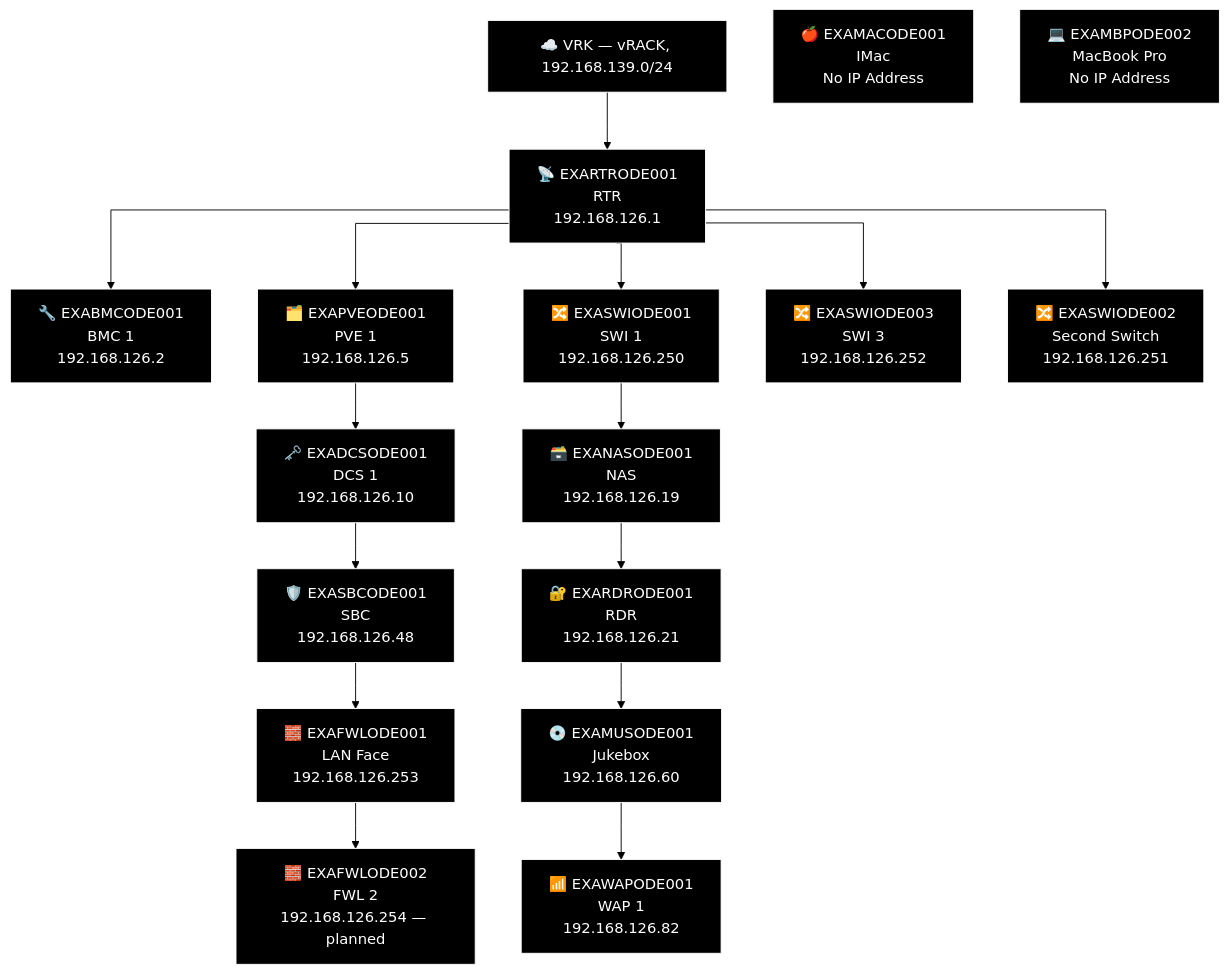
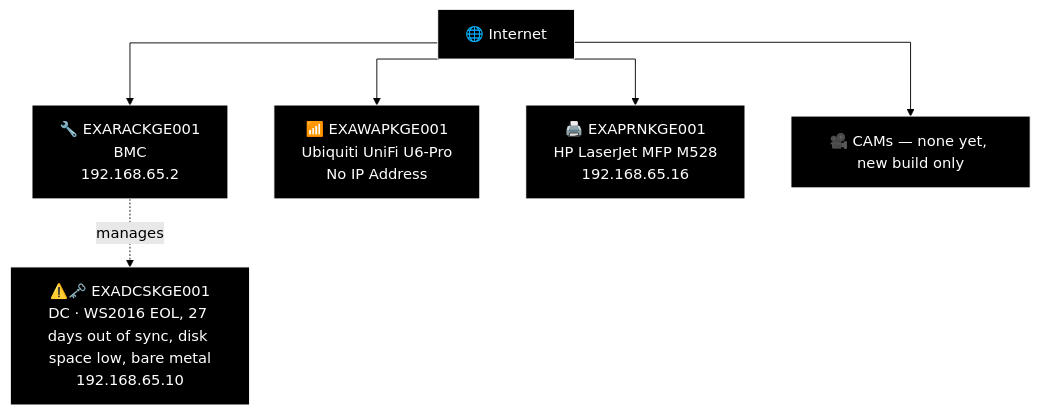
The sixth of 23 diagrams in docs/network-diagram/danmark.md (knightmare2600/example_music_infra), drawn with Mermaid (forest theme) before and after one commit. The commit also changed other lines of this file and 18 other files, not shown here.

````diff
--- a/docs/network-diagram/danmark.md
+++ b/docs/network-diagram/danmark.md
@@ -149,48 +344,23 @@
 ```mermaid
-%% GENERATED:TOPOLOGY:ODE:START
 %%{init: {'flowchart': {'curve': 'stepAfter'}}}%%
 graph TD
-    T_VRK["☁️ VRK — vRACK, 192.168.139.0/24"]
-    T_RTR["📡 EXARTRODE001<br/>RTR<br/>192.168.126.1"]
-    T_VRK --> T_RTR
-    T_BMC["🔧 EXABMCODE001<br/>BMC 1<br/>192.168.126.2"]
-    T_RTR --> T_BMC
-    T_PVE["🗂️ EXAPVEODE001<br/>PVE 1<br/>192.168.126.5"]
-    T_RTR --> T_PVE
-    T_SWI["🔀 EXASWIODE001<br/>SWI 1<br/>192.168.126.250"]
-    T_RTR --> T_SWI
-    T_SWI2["🔀 EXASWIODE003<br/>SWI 3<br/>192.168.126.252"]
-    T_RTR --> T_SWI2
-    T_SWI3["🔀 EXASWIODE002<br/>Second Switch<br/>192.168.126.251"]
-    T_RTR --> T_SWI3
-    T_NAS["🗃️ EXANASODE001<br/>NAS<br/>192.168.126.19"]
-    T_RDR["🔐 EXARDRODE001<br/>RDR<br/>192.168.126.21"]
-    T_MUS["💿 EXAMUSODE001<br/>Jukebox<br/>192.168.126.60"]
-    T_WAP["📶 EXAWAPODE001<br/>WAP 1<br/>192.168.126.82"]
-    T_SWI --> T_NAS --> T_RDR --> T_MUS --> T_WAP
-    T_DCS["🗝️ EXADCSODE001<br/>DCS 1<br/>192.168.126.10"]
-    T_SBC["🛡️ EXASBCODE001<br/>SBC<br/>192.168.126.48"]
-    T_FWL["🧱 EXAFWLODE001<br/>LAN Face<br/>192.168.126.253"]
-    T_FWL2["🧱 EXAFWLODE002<br/>FWL 2<br/>192.168.126.254 — planned"]
-    T_PVE --> T_DCS --> T_SBC --> T_FWL --> T_FWL2
-    T_MAC["🍎 EXAMACODE001<br/>IMac<br/>No IP Address"]
-    T_MBP["💻 EXAMBPODE002<br/>MacBook Pro<br/>No IP Address"]
-    style T_VRK fill:#000000,stroke:#FFFFFF,color:#FFFFFF
-    style T_RTR fill:#000000,stroke:#FFFFFF,color:#FFFFFF
-    style T_BMC fill:#000000,stroke:#FFFFFF,color:#FFFFFF
-    style T_PVE fill:#000000,stroke:#FFFFFF,color:#FFFFFF
-    style T_SWI fill:#000000,stroke:#FFFFFF,color:#FFFFFF
-    style T_SWI2 fill:#000000,stroke:#FFFFFF,color:#FFFFFF
-    style T_SWI3 fill:#000000,stroke:#FFFFFF,color:#FFFFFF
-    style T_NAS fill:#000000,stroke:#FFFFFF,color:#FFFFFF
-    style T_RDR fill:#000000,stroke:#FFFFFF,color:#FFFFFF
-    style T_MUS fill:#000000,stroke:#FFFFFF,color:#FFFFFF
-    style T_WAP fill:#000000,stroke:#FFFFFF,color:#FFFFFF
-    style T_DCS fill:#000000,stroke:#FFFFFF,color:#FFFFFF
-    style T_SBC fill:#000000,stroke:#FFFFFF,color:#FFFFFF
-    style T_FWL fill:#000000,stroke:#FFFFFF,color:#FFFFFF
-    style T_FWL2 fill:#000000,stroke:#FFFFFF,color:#FFFFFF
-    style T_MAC fill:#000000,stroke:#FFFFFF,color:#FFFFFF
-    style T_MBP fill:#000000,stroke:#FFFFFF,color:#FFFFFF
-%% GENERATED:TOPOLOGY:ODE:END
+    O_INET["🌐 Internet"]
+    O_RAC["🔧 EXARACKGE001<br/>BMC<br/>192.168.65.2"]
+    O_DC["⚠️🗝️ EXADCSKGE001<br/>DC · WS2016 EOL, 27 days out of sync, disk space low, bare metal<br/>192.168.65.10"]
+    O_INET --> O_RAC
+    O_RAC -.->|"manages"| O_DC
+
+    O_WAP["📶 EXAWAPKGE001<br/>Ubiquiti UniFi U6-Pro<br/>No IP Address"]
+    O_PRN["🖨️ EXAPRNKGE001<br/>HP LaserJet MFP M528<br/>192.168.65.16"]
+    O_CAM["🎥 CAMs — none yet, new build only"]
+    O_INET --> O_WAP
+    O_INET --> O_PRN
+    O_INET --> O_CAM
+
+    style O_INET fill:#000000,stroke:#FFFFFF,color:#FFFFFF
+    style O_RAC fill:#000000,stroke:#FFFFFF,color:#FFFFFF
+    style O_DC fill:#000000,stroke:#FFFFFF,color:#FFFFFF
+    style O_WAP fill:#000000,stroke:#FFFFFF,color:#FFFFFF
+    style O_PRN fill:#000000,stroke:#FFFFFF,color:#FFFFFF
+    style O_CAM fill:#000000,stroke:#FFFFFF,color:#FFFFFF
 ```
````
